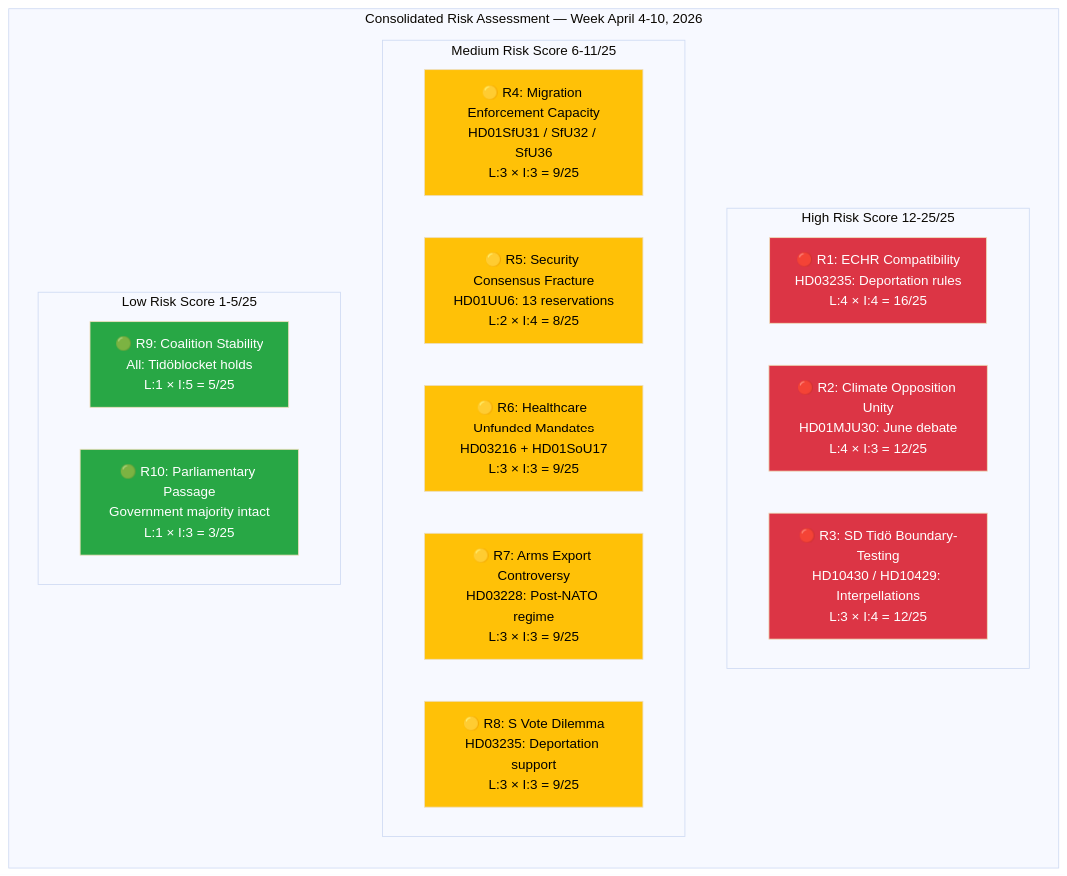
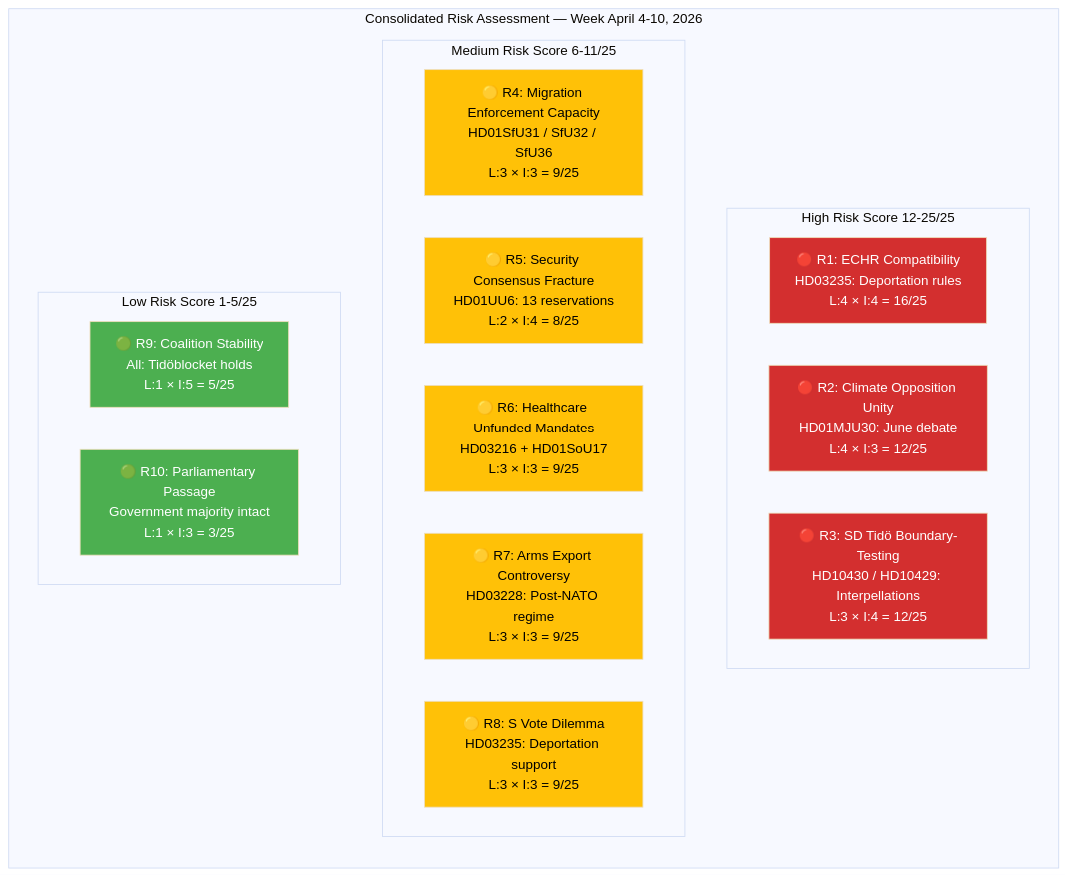
Before and after one commit to Hack23/riksdagsmonitor: the diagram in analysis/daily/2026-04-11/weekly-review/risk-assessment.md, drawn with Mermaid (base theme). The commit also changed 785 other files, not shown here.

First line of the commit message:
Normalize mermaid colors across 786 analysis artifacts to ISMS Style Guide palette

````diff
--- a/analysis/daily/2026-04-11/weekly-review/risk-assessment.md
+++ b/analysis/daily/2026-04-11/weekly-review/risk-assessment.md
@@ -19,32 +19,32 @@
 ```mermaid
 graph TD
     subgraph "Consolidated Risk Assessment — Week April 4-10, 2026"
         direction TB
         subgraph "High Risk  Score 12-25/25"
             HR1["🔴 R1: ECHR Compatibility<br/>HD03235: Deportation rules<br/>L:4 × I:4 = 16/25"]
             HR2["🔴 R2: Climate Opposition Unity<br/>HD01MJU30: June debate<br/>L:4 × I:3 = 12/25"]
             HR3["🔴 R3: SD Tidö Boundary-Testing<br/>HD10430 / HD10429: Interpellations<br/>L:3 × I:4 = 12/25"]
         end
         subgraph "Medium Risk  Score 6-11/25"
             MR1["🟡 R4: Migration Enforcement Capacity<br/>HD01SfU31 / SfU32 / SfU36<br/>L:3 × I:3 = 9/25"]
             MR2["🟡 R5: Security Consensus Fracture<br/>HD01UU6: 13 reservations<br/>L:2 × I:4 = 8/25"]
             MR3["🟡 R6: Healthcare Unfunded Mandates<br/>HD03216 + HD01SoU17<br/>L:3 × I:3 = 9/25"]
             MR4["🟡 R7: Arms Export Controversy<br/>HD03228: Post-NATO regime<br/>L:3 × I:3 = 9/25"]
             MR5["🟡 R8: S Vote Dilemma<br/>HD03235: Deportation support<br/>L:3 × I:3 = 9/25"]
         end
         subgraph "Low Risk  Score 1-5/25"
             LR1["🟢 R9: Coalition Stability<br/>All: Tidöblocket holds<br/>L:1 × I:5 = 5/25"]
             LR2["🟢 R10: Parliamentary Passage<br/>Government majority intact<br/>L:1 × I:3 = 3/25"]
         end
     end
-    style HR1 fill:#dc3545,color:#fff
-    style HR2 fill:#dc3545,color:#fff
-    style HR3 fill:#dc3545,color:#fff
-    style MR1 fill:#ffc107,color:#000
-    style MR2 fill:#ffc107,color:#000
-    style MR3 fill:#ffc107,color:#000
-    style MR4 fill:#ffc107,color:#000
-    style MR5 fill:#ffc107,color:#000
-    style LR1 fill:#28a745,color:#fff
-    style LR2 fill:#28a745,color:#fff
+    style HR1 fill:#D32F2F,color:#FFFFFF
+    style HR2 fill:#D32F2F,color:#FFFFFF
+    style HR3 fill:#D32F2F,color:#FFFFFF
+    style MR1 fill:#FFC107,color:#000000
+    style MR2 fill:#FFC107,color:#000000
+    style MR3 fill:#FFC107,color:#000000
+    style MR4 fill:#FFC107,color:#000000
+    style MR5 fill:#FFC107,color:#000000
+    style LR1 fill:#4CAF50,color:#FFFFFF
+    style LR2 fill:#4CAF50,color:#FFFFFF
 ```
````
